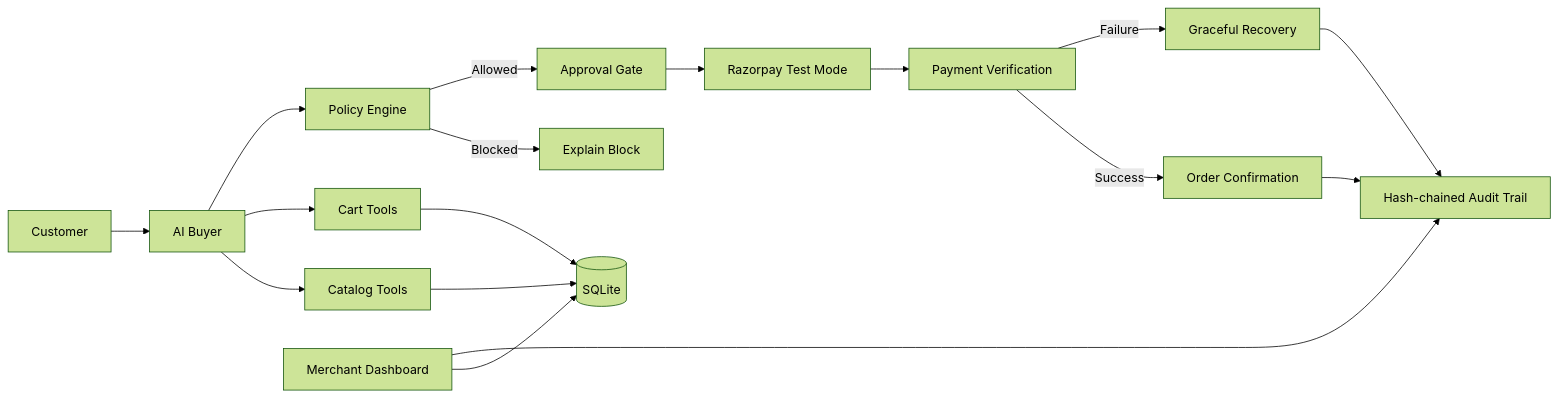
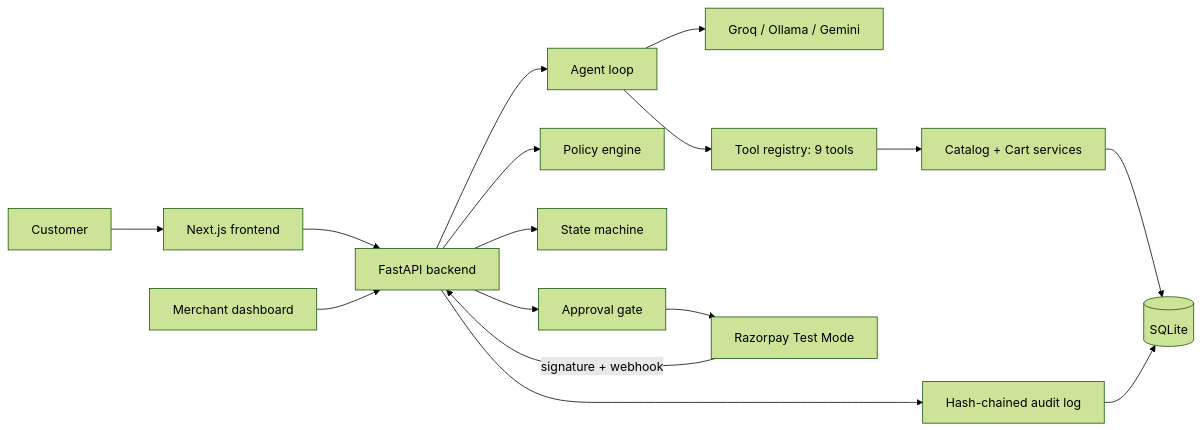
The second of 2 diagrams in README.md (tisha-varma/RazorFlow-AI), drawn with Mermaid (forest theme) before and after one commit. The commit also changed other lines of this file, not shown here.

````diff
--- a/README.md
+++ b/README.md
@@ -299,28 +129,22 @@
 ```mermaid
 flowchart LR
-    U[Customer] --> A[AI Buyer]
+    U[Customer] --> FE[Next.js frontend]
+    FE --> API[FastAPI backend]
 
-    A --> CT[Catalog Tools]
-    A --> CM[Cart Tools]
+    API --> AG[Agent loop]
+    AG --> LLM[Groq / Ollama / Gemini]
+    AG --> TR[Tool registry: 9 tools]
+    TR --> CAT[Catalog + Cart services]
+    CAT --> DB[(SQLite)]
 
-    CT --> DB[(SQLite)]
-    CM --> DB
+    API --> PE[Policy engine]
+    API --> SM[State machine]
+    API --> AP[Approval gate]
+    AP --> RP[Razorpay Test Mode]
+    RP -->|signature + webhook| API
 
-    A --> PE[Policy Engine]
+    API --> AL[Hash-chained audit log]
+    AL --> DB
 
-    PE -->|Blocked| B[Explain Block]
-    PE -->|Allowed| AG[Approval Gate]
-
-    AG --> RP[Razorpay Test Mode]
-
-    RP --> PV[Payment Verification]
-
-    PV -->|Success| O[Order Confirmation]
-    PV -->|Failure| F[Graceful Recovery]
-
-    O --> AL[Hash-chained Audit Trail]
-    F --> AL
-
-    M[Merchant Dashboard] --> DB
-    M --> AL
+    M[Merchant dashboard] --> API
 ```
````
